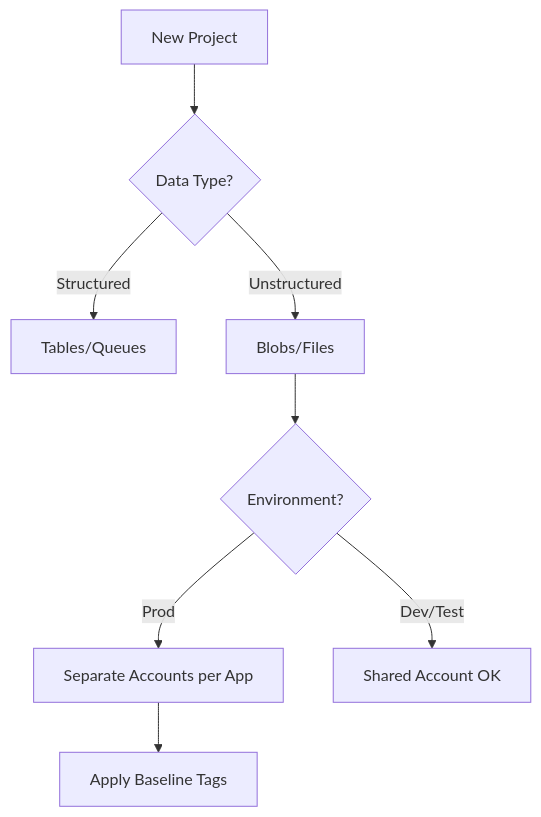
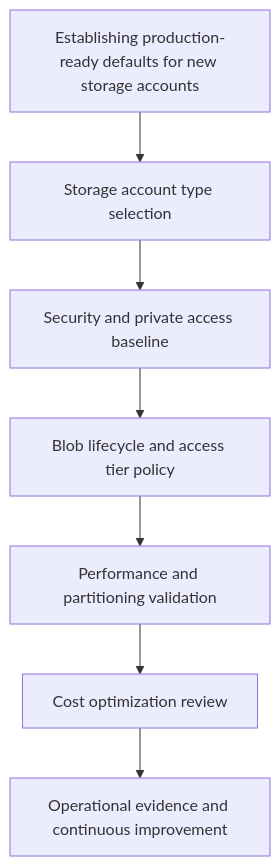
The first of 2 diagrams in docs/best-practices/storage-account-design-baseline.md (yeongseon/azure-storage-practical-guide), drawn with Mermaid before and after one commit. The commit also changed other lines of this file and 26 other files, not shown here.

````diff
--- a/docs/best-practices/storage-account-design-baseline.md
+++ b/docs/best-practices/storage-account-design-baseline.md
@@ -18,10 +18,9 @@
 ```mermaid
-graph TD
-    A[New Project] --> B{Data Type?}
-    B -->|Structured| C[Tables/Queues]
-    B -->|Unstructured| D[Blobs/Files]
-    D --> E{Environment?}
-    E -->|Prod| F[Separate Accounts per App]
-    E -->|Dev/Test| G[Shared Account OK]
-    F --> H[Apply Baseline Tags]
+flowchart TD
+    A[Establishing production-ready defaults for new storage accounts] --> B[Storage account type selection]
+    B --> C[Security and private access baseline]
+    C --> D[Blob lifecycle and access tier policy]
+    D --> E[Performance and partitioning validation]
+    E --> F[Cost optimization review]
+    F --> G[Operational evidence and continuous improvement]
 ```
````
